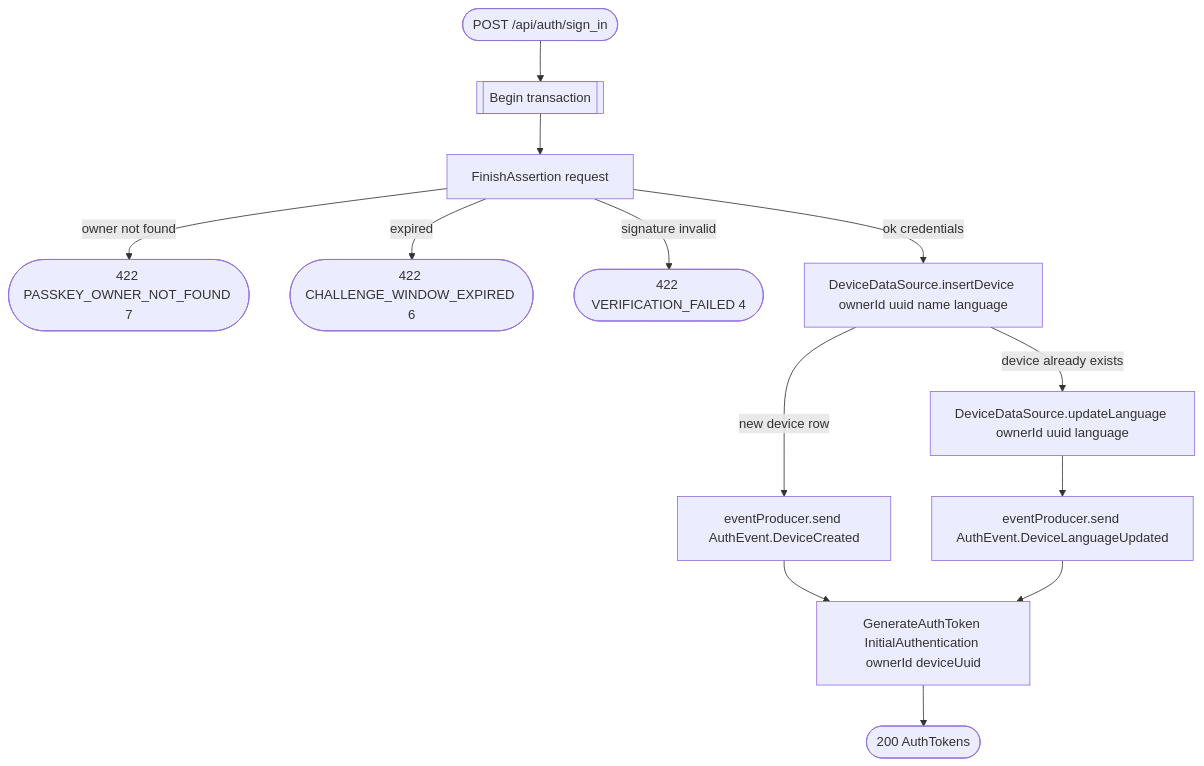
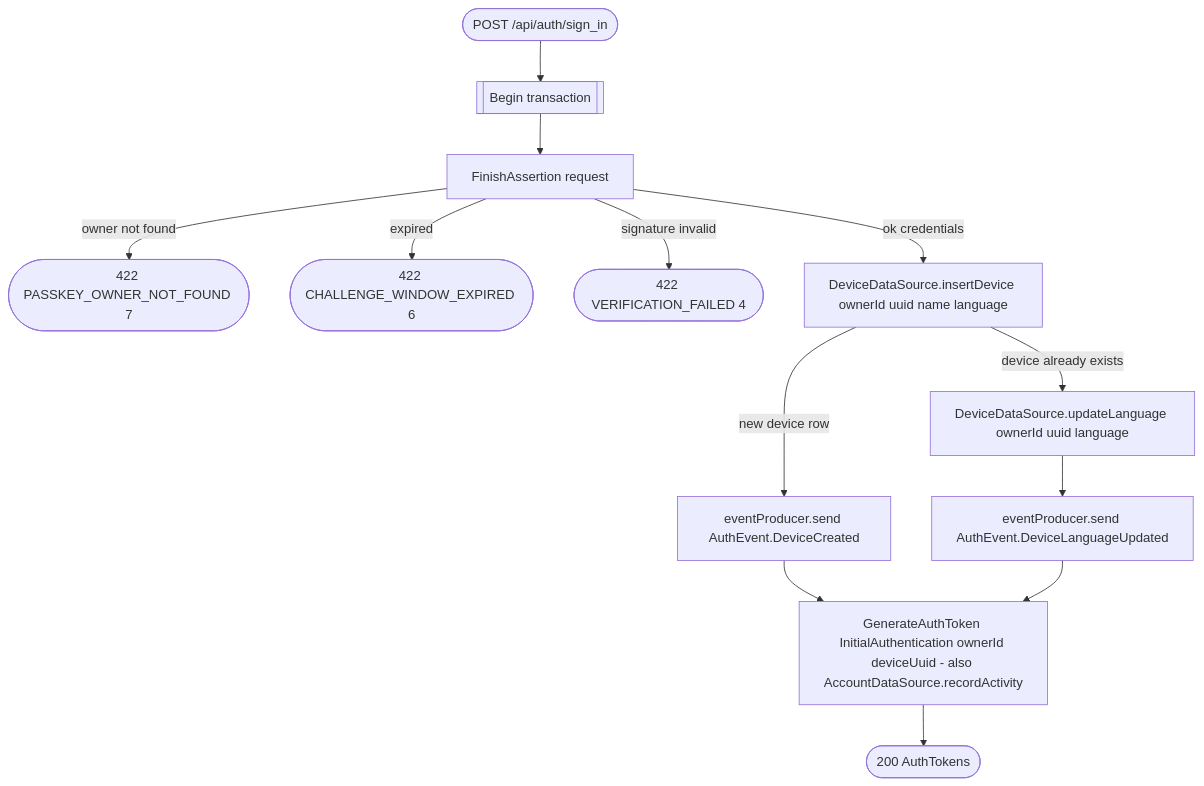
One commit to nocturneproperties/bookkme changed the diagram in docs/operations/authorization/sign-in.md. Above: the diagram before and after it, drawn with Mermaid. The commit also changed 164 other files, not shown here.

````diff
--- a/docs/operations/authorization/sign-in.md
+++ b/docs/operations/authorization/sign-in.md
@@ -10,15 +10,15 @@
 ```mermaid
 flowchart TD
     Start([POST /api/auth/sign_in]) --> Tx[[Begin transaction]]
     Tx --> Verify[FinishAssertion request]
     Verify -- owner not found --> R422a([422 PASSKEY_OWNER_NOT_FOUND 7])
     Verify -- expired --> R422b([422 CHALLENGE_WINDOW_EXPIRED 6])
     Verify -- signature invalid --> R422c([422 VERIFICATION_FAILED 4])
     Verify -- ok credentials --> InsertDevice[DeviceDataSource.insertDevice ownerId uuid name language]
     InsertDevice -- new device row --> DeviceCreatedEvt[eventProducer.send AuthEvent.DeviceCreated]
     InsertDevice -- device already exists --> UpdateLang[DeviceDataSource.updateLanguage ownerId uuid language]
     UpdateLang --> LangEvt[eventProducer.send AuthEvent.DeviceLanguageUpdated]
-    DeviceCreatedEvt --> GenToken[GenerateAuthToken InitialAuthentication ownerId deviceUuid]
+    DeviceCreatedEvt --> GenToken[GenerateAuthToken InitialAuthentication ownerId deviceUuid - also AccountDataSource.recordActivity]
     LangEvt --> GenToken
     GenToken --> R200([200 AuthTokens])
 ```
````
